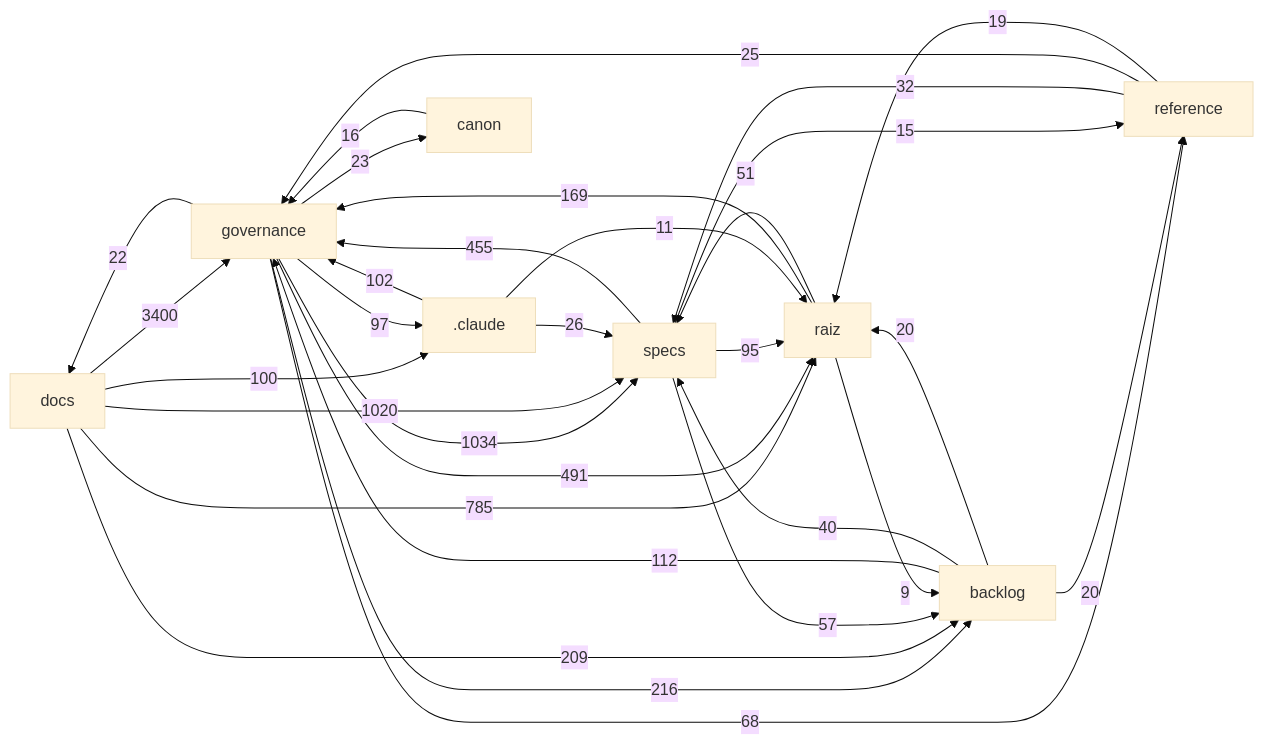
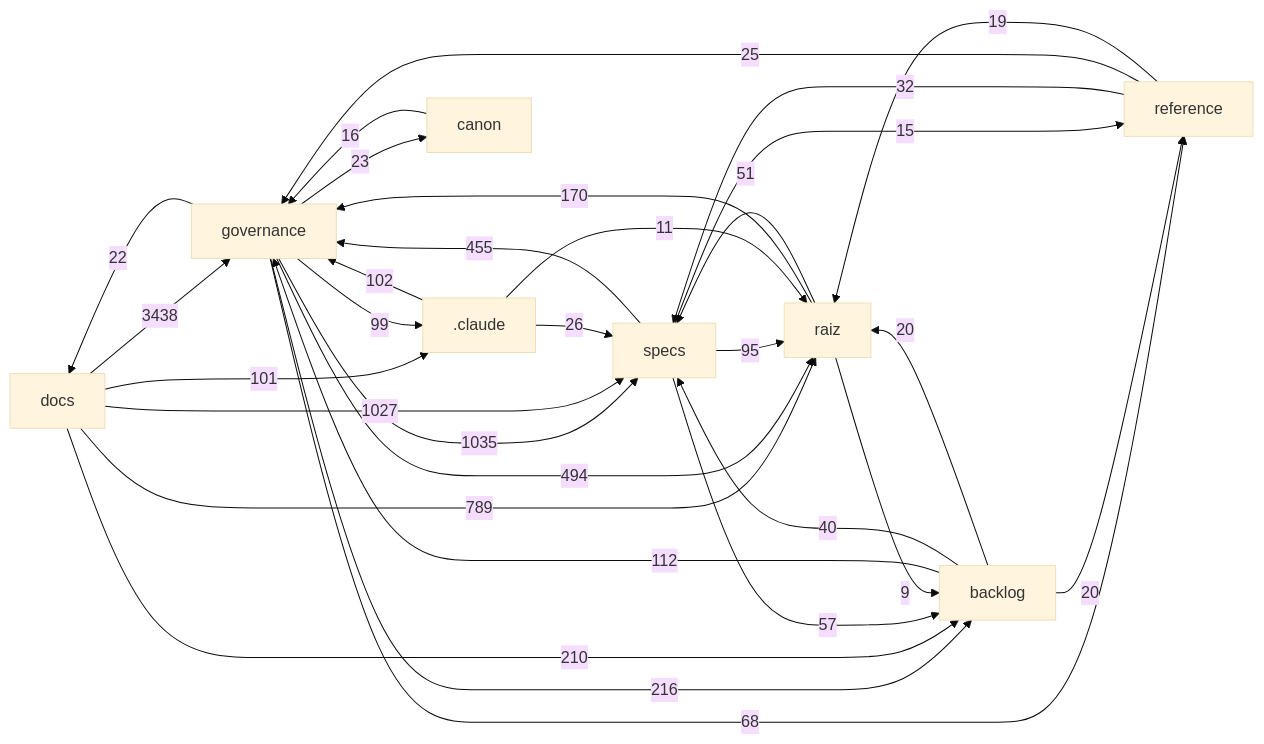
One commit to Andraus35/Sistema-Operacional-de-Trading--SOT changed the diagram in docs/mapa/MAPA-PROJETO.md. Above: the diagram before and after it, drawn with Mermaid (base theme). The commit also changed other lines of this file and 6 other files, not shown here.

````diff
--- a/docs/mapa/MAPA-PROJETO.md
+++ b/docs/mapa/MAPA-PROJETO.md
@@ -29,33 +29,33 @@
 ```mermaid
 flowchart LR
-  docs["docs"] -->|3400| governance["governance"]
-  governance["governance"] -->|1034| specs["specs"]
-  docs["docs"] -->|1020| specs["specs"]
-  docs["docs"] -->|785| raiz["raiz"]
-  governance["governance"] -->|491| raiz["raiz"]
+  docs["docs"] -->|3438| governance["governance"]
+  governance["governance"] -->|1035| specs["specs"]
+  docs["docs"] -->|1027| specs["specs"]
+  docs["docs"] -->|789| raiz["raiz"]
+  governance["governance"] -->|494| raiz["raiz"]
   specs["specs"] -->|455| governance["governance"]
   governance["governance"] -->|216| backlog["backlog"]
-  docs["docs"] -->|209| backlog["backlog"]
-  raiz["raiz"] -->|169| governance["governance"]
+  docs["docs"] -->|210| backlog["backlog"]
+  raiz["raiz"] -->|170| governance["governance"]
   backlog["backlog"] -->|112| governance["governance"]
   _claude[".claude"] -->|102| governance["governance"]
-  docs["docs"] -->|100| _claude[".claude"]
-  governance["governance"] -->|97| _claude[".claude"]
+  docs["docs"] -->|101| _claude[".claude"]
+  governance["governance"] -->|99| _claude[".claude"]
   specs["specs"] -->|95| raiz["raiz"]
   governance["governance"] -->|68| reference["reference"]
   specs["specs"] -->|57| backlog["backlog"]
   raiz["raiz"] -->|51| specs["specs"]
   backlog["backlog"] -->|40| specs["specs"]
   reference["reference"] -->|32| specs["specs"]
   _claude[".claude"] -->|26| specs["specs"]
   reference["reference"] -->|25| governance["governance"]
   governance["governance"] -->|23| canon["canon"]
   governance["governance"] -->|22| docs["docs"]
   backlog["backlog"] -->|20| raiz["raiz"]
   backlog["backlog"] -->|20| reference["reference"]
   reference["reference"] -->|19| raiz["raiz"]
   canon["canon"] -->|16| governance["governance"]
   specs["specs"] -->|15| reference["reference"]
   _claude[".claude"] -->|11| raiz["raiz"]
   raiz["raiz"] -->|9| backlog["backlog"]
 ```
````
